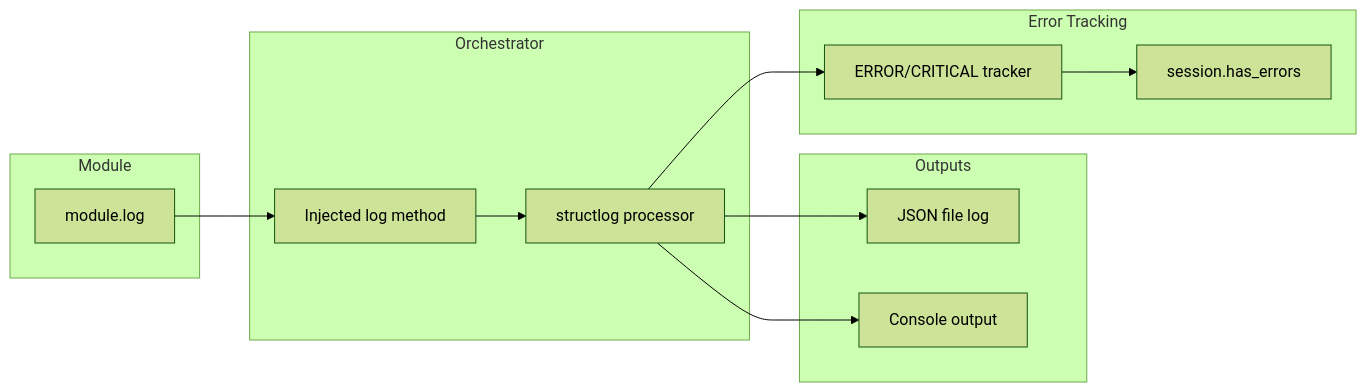
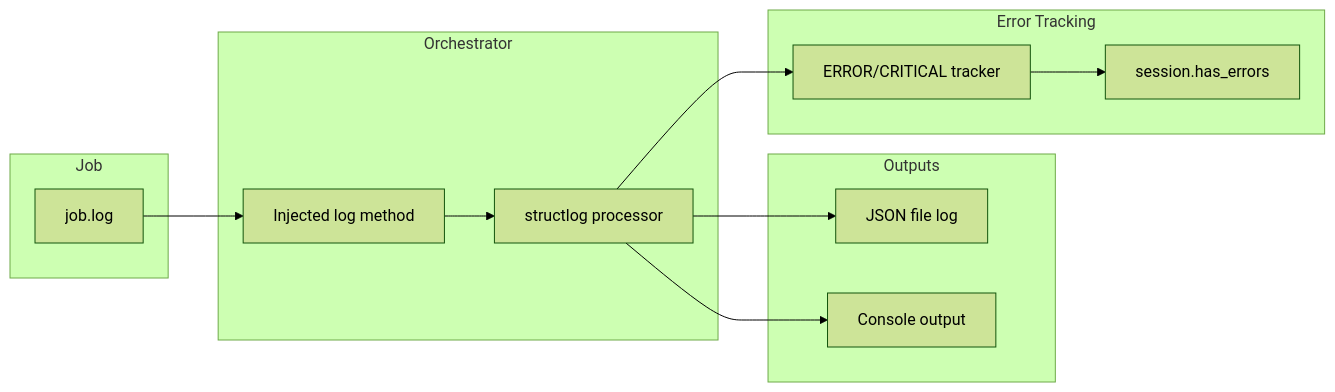
The ninth of 13 diagrams in ARCHITECTURE.md (flaksit/pc-switcher), drawn with Mermaid (forest theme) before and after one commit. The commit also changed other lines of this file and 39 other files, not shown here.

Commit message:
rename Module to Job

````diff
--- a/ARCHITECTURE.md
+++ b/ARCHITECTURE.md
@@ -287,28 +287,28 @@
 ```mermaid
 flowchart LR
-    subgraph "Module"
-        M[module.log]
+    subgraph "Job"
+        J[job.log]
     end
 
     subgraph "Orchestrator"
         Inject[Injected log method]
         Structlog[structlog processor]
     end
 
     subgraph "Outputs"
         File[JSON file log]
         Console[Console output]
     end
 
     subgraph "Error Tracking"
         Track[ERROR/CRITICAL tracker]
         Session[session.has_errors]
     end
 
-    M --> Inject
+    J --> Inject
     Inject --> Structlog
     Structlog --> File
     Structlog --> Console
     Structlog --> Track
     Track --> Session
 ```
````
